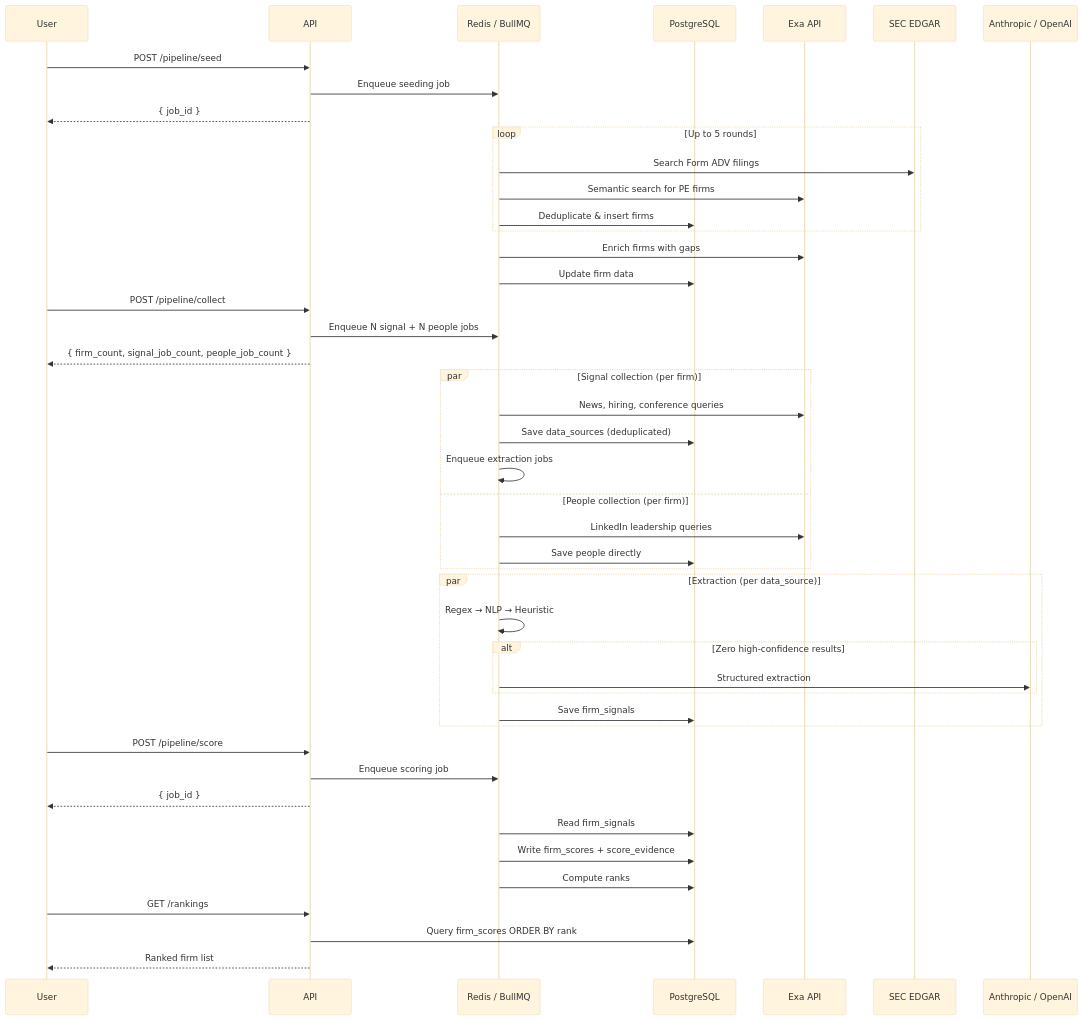
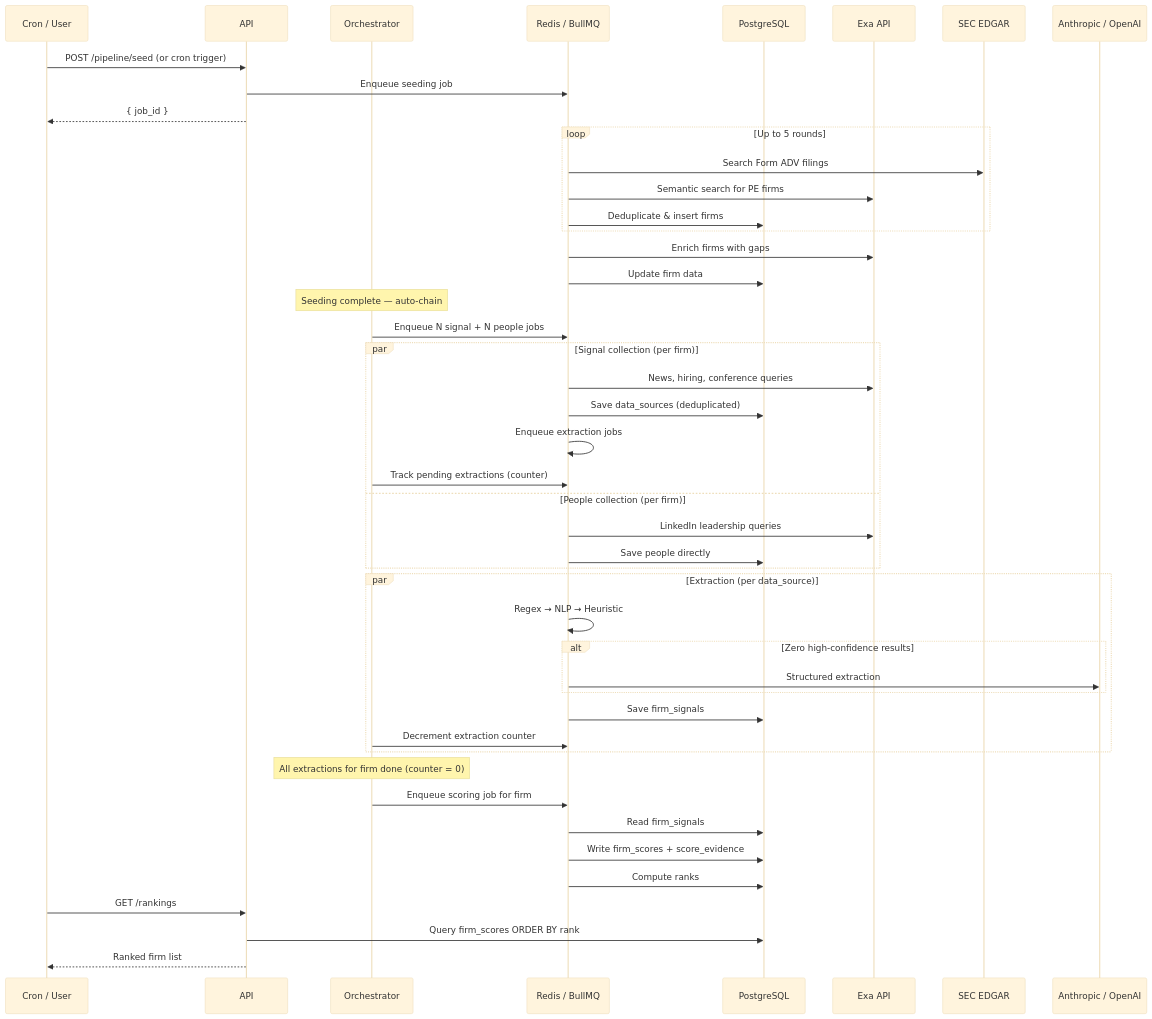
Before and after one commit to GuilhermeDaSilvaFerreira/ai-usage-scraper: the seventh of 7 diagrams in backend/docs/PIPELINE.md, drawn with Mermaid (base theme). The commit also changed other lines of this file and 13 other files, not shown here.

Commit message:
feat: make pipeline auto-chain

````diff
--- a/backend/docs/PIPELINE.md
+++ b/backend/docs/PIPELINE.md
@@ -273,54 +278,56 @@
 ```mermaid
 sequenceDiagram
-    participant User
+    participant Cron as Cron / User
     participant API
+    participant Orch as Orchestrator
     participant Redis as Redis / BullMQ
     participant DB as PostgreSQL
     participant Exa as Exa API
     participant SEC as SEC EDGAR
     participant LLM as Anthropic / OpenAI
 
-    User->>API: POST /pipeline/seed
+    Cron->>API: POST /pipeline/seed (or cron trigger)
     API->>Redis: Enqueue seeding job
-    API-->>User: { job_id }
+    API-->>Cron: { job_id }
 
     loop Up to 5 rounds
         Redis->>SEC: Search Form ADV filings
         Redis->>Exa: Semantic search for PE firms
         Redis->>DB: Deduplicate & insert firms
     end
     Redis->>Exa: Enrich firms with gaps
     Redis->>DB: Update firm data
 
-    User->>API: POST /pipeline/collect
-    API->>Redis: Enqueue N signal + N people jobs
-    API-->>User: { firm_count, signal_job_count, people_job_count }
+    Note over Orch: Seeding complete — auto-chain
+    Orch->>Redis: Enqueue N signal + N people jobs
 
     par Signal collection (per firm)
         Redis->>Exa: News, hiring, conference queries
         Redis->>DB: Save data_sources (deduplicated)
         Redis->>Redis: Enqueue extraction jobs
+        Orch->>Redis: Track pending extractions (counter)
     and People collection (per firm)
         Redis->>Exa: LinkedIn leadership queries
         Redis->>DB: Save people directly
     end
 
     par Extraction (per data_source)
         Redis->>Redis: Regex → NLP → Heuristic
         alt Zero high-confidence results
             Redis->>LLM: Structured extraction
         end
         Redis->>DB: Save firm_signals
+        Orch->>Redis: Decrement extraction counter
     end
 
-    User->>API: POST /pipeline/score
-    API->>Redis: Enqueue scoring job
-    API-->>User: { job_id }
+    Note over Orch: All extractions for firm done (counter = 0)
+    Orch->>Redis: Enqueue scoring job for firm
+
     Redis->>DB: Read firm_signals
     Redis->>DB: Write firm_scores + score_evidence
     Redis->>DB: Compute ranks
 
-    User->>API: GET /rankings
+    Cron->>API: GET /rankings
     API->>DB: Query firm_scores ORDER BY rank
-    API-->>User: Ranked firm list
+    API-->>Cron: Ranked firm list
 ```
````
